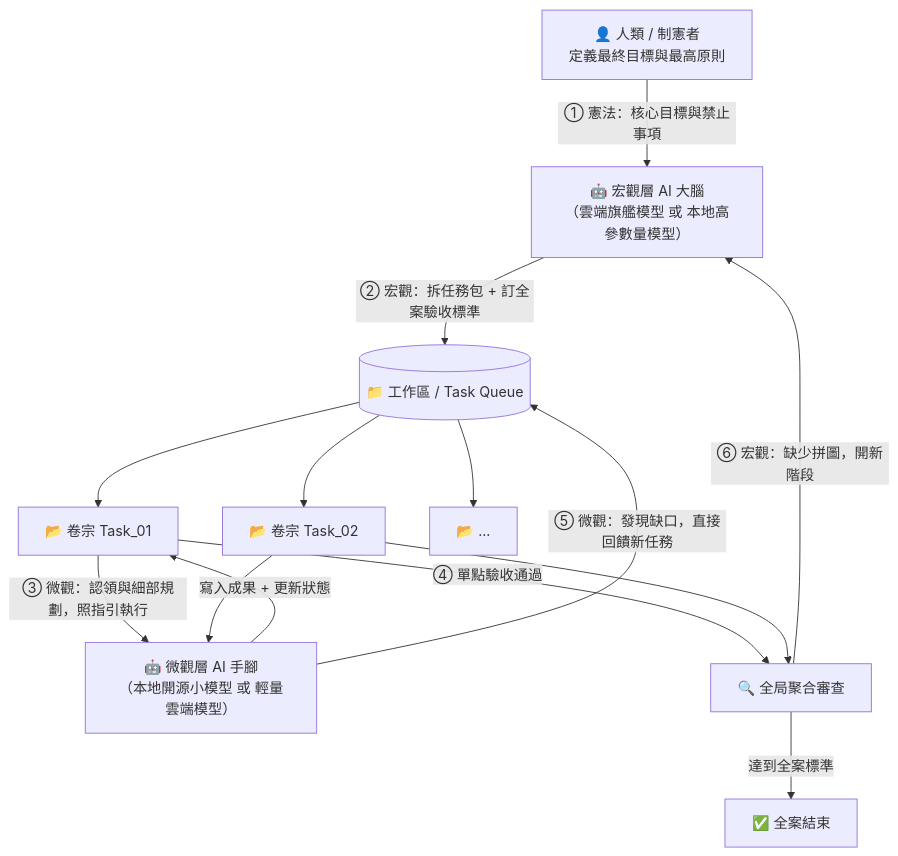
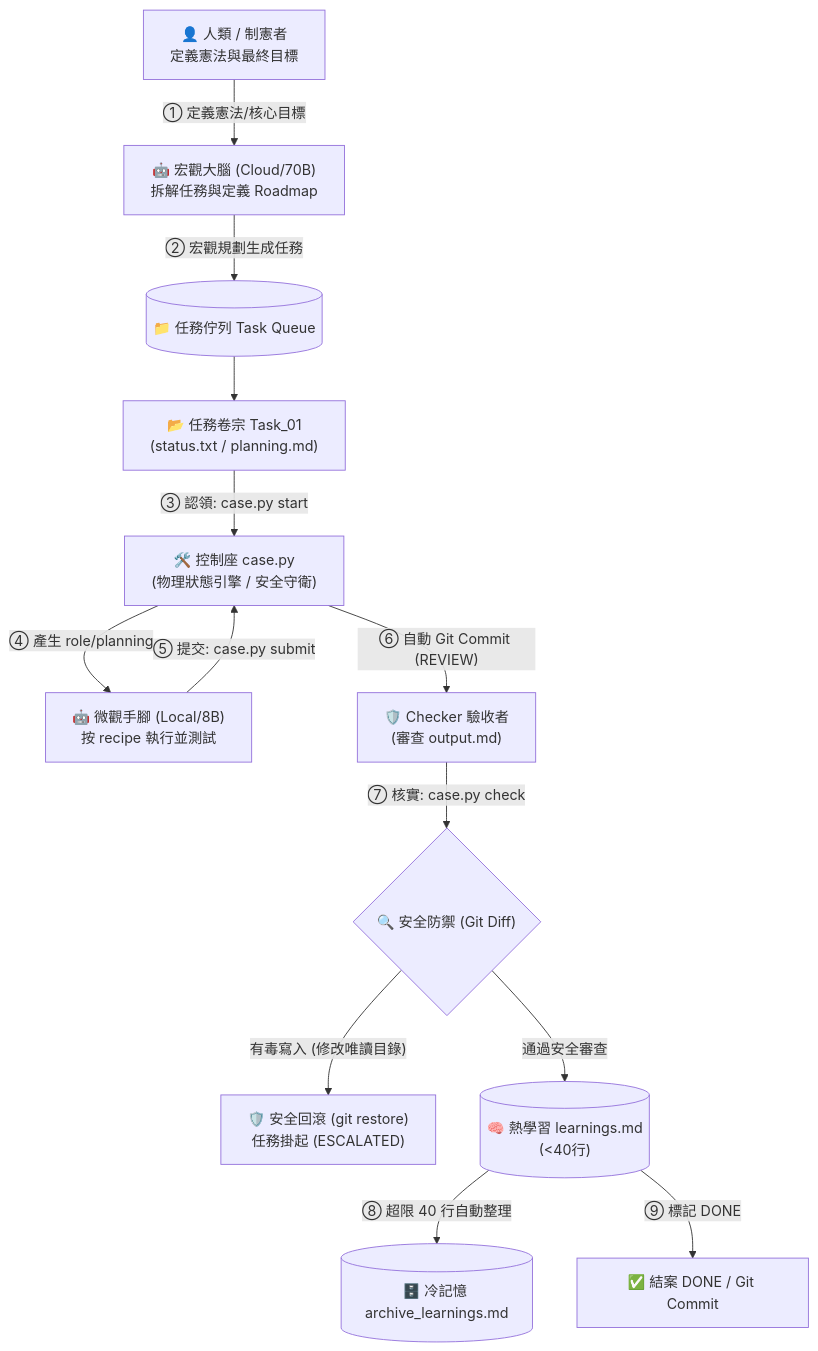
The diagram in C.A.S.E._Framework/README.md (Chiakai-Chang/Local-Agent-Workspace), drawn with Mermaid before and after one commit. The commit also changed other lines of this file, not shown here.

Commit message:
docs(readme): update Mermaid architecture diagram to C.A.S.E. 2.0 specs

````diff
--- a/C.A.S.E._Framework/README.md
+++ b/C.A.S.E._Framework/README.md
@@ -13,26 +13,43 @@
 ```mermaid
 graph TD
-    H["👤 人類 / 制憲者<br/>定義最終目標與最高原則"]
-    C["🤖 宏觀層 AI 大腦<br/>（雲端旗艦模型 或 本地高參數量模型）"]
-    TQ[("📁 工作區 / Task Queue")]
-    T1["📂 卷宗 Task_01"]
-    T2["📂 卷宗 Task_02"]
-    TN["📂 ..."]
-    LA["🤖 微觀層 AI 手腳<br/>（本地開源小模型 或 輕量雲端模型）"]
-    AGG["🔍 全局聚合審查"]
-    DONE["✅ 全案結束"]
+    H["👤 人類 / 制憲者<br/>定義憲法與最終目標"]
+    C["🤖 宏觀大腦 (Cloud/70B)<br/>拆解任務與定義 Roadmap"]
+    TQ[("📁 任務佇列 Task Queue")]
+    T1["📂 任務卷宗 Task_01<br/>(status.txt / planning.md)"]
+    
+    %% case.py 媒介
+    CTRL["🛠️ 控制座 case.py<br/>(物理狀態引擎 / 安全守衛)"]
+    
+    LA["🤖 微觀手腳 (Local/8B)<br/>按 recipe 執行並測試"]
+    CH["🛡️ Checker 驗收者<br/>(審查 output.md)"]
+    
+    %% 安全防禦
+    SEC{"🔍 安全防禦 (Git Diff)"}
+    REVERT["🛡️ 安全回滾 (git restore)<br/>任務掛起 (ESCALATED)"]
+    
+    %% 記憶體
+    HOT[("🧠 熱學習 learnings.md<br/>(<40行)")]
+    COLD[("🗄️ 冷記憶 archive_learnings.md")]
+    
+    DONE["✅ 結案 DONE / Git Commit"]
 
-    H -->|"① 憲法：核心目標與禁止事項"| C
-    C -->|"② 宏觀：拆任務包 + 訂全案驗收標準"| TQ
+    %% 流程線
+    H -->|"① 定義憲法/核心目標"| C
+    C -->|"② 宏觀規劃生成任務"| TQ
     TQ --> T1
-    TQ --> T2
-    TQ --> TN
-    T1 -->|"③ 微觀：認領與細部規劃，照指引執行"| LA
-    LA -->|"寫入成果 + 更新狀態"| T1
-    T2 --> LA
-    T1 -->|"④ 單點驗收通過"| AGG
-    T2 --> AGG
-    AGG -->|"達到全案標準"| DONE
-    AGG -->|"⑥ 宏觀：缺少拼圖，開新階段"| C
-    LA -->|"⑤ 微觀：發現缺口，直接回饋新任務"| TQ
+    
+    %% Worker 執行
+    T1 -->|"③ 認領: case.py start"| CTRL
+    CTRL -->|"④ 產生 role/planning"| LA
+    LA -->|"⑤ 提交: case.py submit"| CTRL
+    CTRL -->|"⑥ 自動 Git Commit (REVIEW)"| CH
+    
+    %% Checker 與安全
+    CH -->|"⑦ 核實: case.py check"| SEC
+    SEC -->|"有毒寫入 (修改唯讀目錄)"| REVERT
+    SEC -->|"通過安全審查"| HOT
+    
+    %% 記憶整理與結案
+    HOT -->|"⑧ 超限 40 行自動整理"| COLD
+    HOT -->|"⑨ 標記 DONE"| DONE
 ```
````
